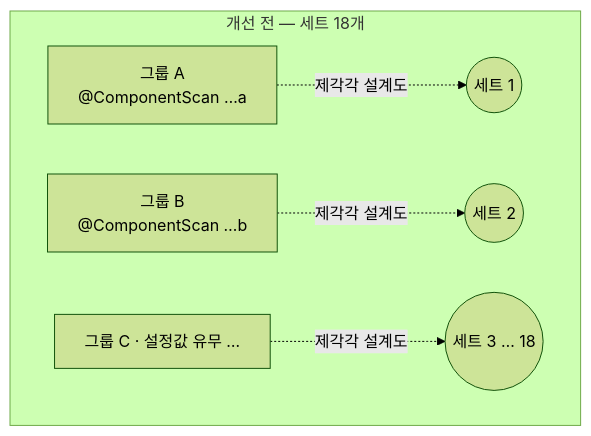
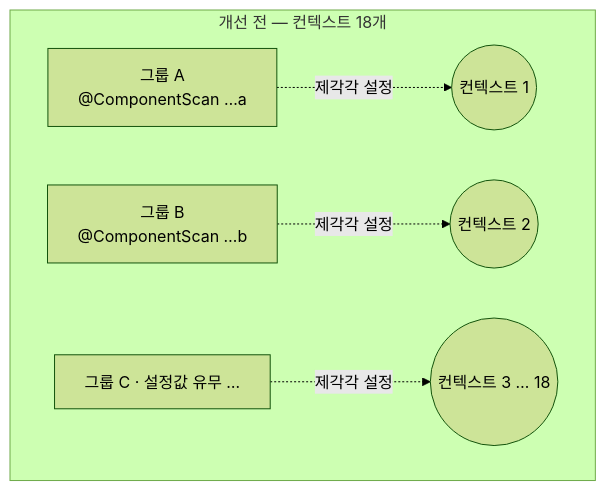
The fourth of 6 diagrams in blog/2026-08-03-spring-datajpatest-context-oom.mdx (johnycho/johny-dev), drawn with Mermaid (forest theme) before and after one commit. The commit also changed other lines of this file and 47 other files, not shown here.

````diff
--- a/blog/2026-08-03-spring-datajpatest-context-oom.mdx
+++ b/blog/2026-08-03-spring-datajpatest-context-oom.mdx
@@ -215,8 +229,8 @@
 ```mermaid
 flowchart TB
-    subgraph BEFORE["개선 전 — 세트 18개"]
-        G1["그룹 A<br/>@ComponentScan …a"] -.제각각 설계도.-> B1((세트 1))
-        G2["그룹 B<br/>@ComponentScan …b"] -.제각각 설계도.-> B2((세트 2))
-        G3["그룹 C · 설정값 유무 …"] -.제각각 설계도.-> B3((세트 3 … 18))
+    subgraph BEFORE["개선 전 — 컨텍스트 18개"]
+        G1["그룹 A<br/>@ComponentScan …a"] -.제각각 설정.-> B1((컨텍스트 1))
+        G2["그룹 B<br/>@ComponentScan …b"] -.제각각 설정.-> B2((컨텍스트 2))
+        G3["그룹 C · 설정값 유무 …"] -.제각각 설정.-> B3((컨텍스트 3 … 18))
     end
 ```
````
